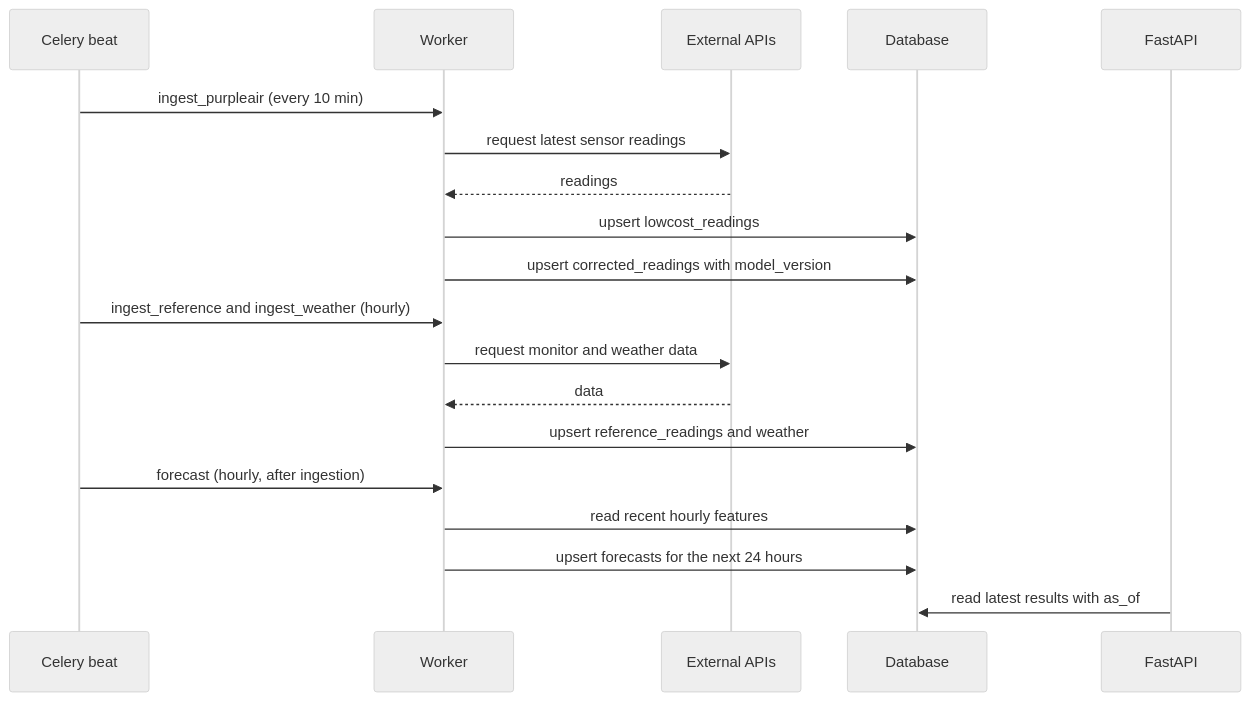
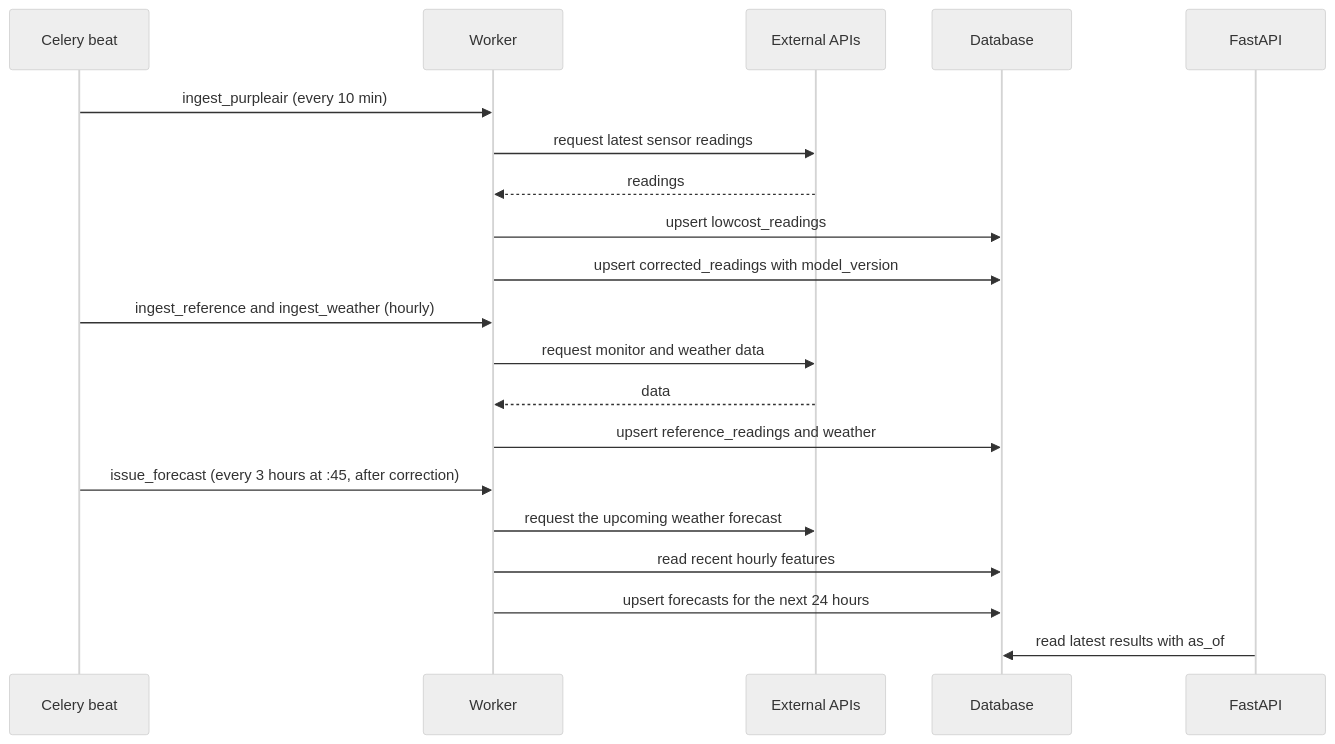
One commit to imhammad/airsight changed the second of 2 diagrams in docs/ARCHITECTURE.md. Above: the diagram before and after it, drawn with Mermaid (neutral theme). The commit also changed other lines of this file and 9 other files, not shown here.

Commit message:
feat(ml): issue the 24-hour forecast every 3 hours and store it (#126)

````diff
--- a/docs/ARCHITECTURE.md
+++ b/docs/ARCHITECTURE.md
@@ -60,21 +60,22 @@
 ```mermaid
 sequenceDiagram
     participant Beat as Celery beat
     participant W as Worker
     participant Src as External APIs
     participant DB as Database
     participant API as FastAPI
     Beat->>W: ingest_purpleair (every 10 min)
     W->>Src: request latest sensor readings
     Src-->>W: readings
     W->>DB: upsert lowcost_readings
     W->>DB: upsert corrected_readings with model_version
     Beat->>W: ingest_reference and ingest_weather (hourly)
     W->>Src: request monitor and weather data
     Src-->>W: data
     W->>DB: upsert reference_readings and weather
-    Beat->>W: forecast (hourly, after ingestion)
+    Beat->>W: issue_forecast (every 3 hours at :45, after correction)
+    W->>Src: request the upcoming weather forecast
     W->>DB: read recent hourly features
     W->>DB: upsert forecasts for the next 24 hours
     API->>DB: read latest results with as_of
 ```
````
